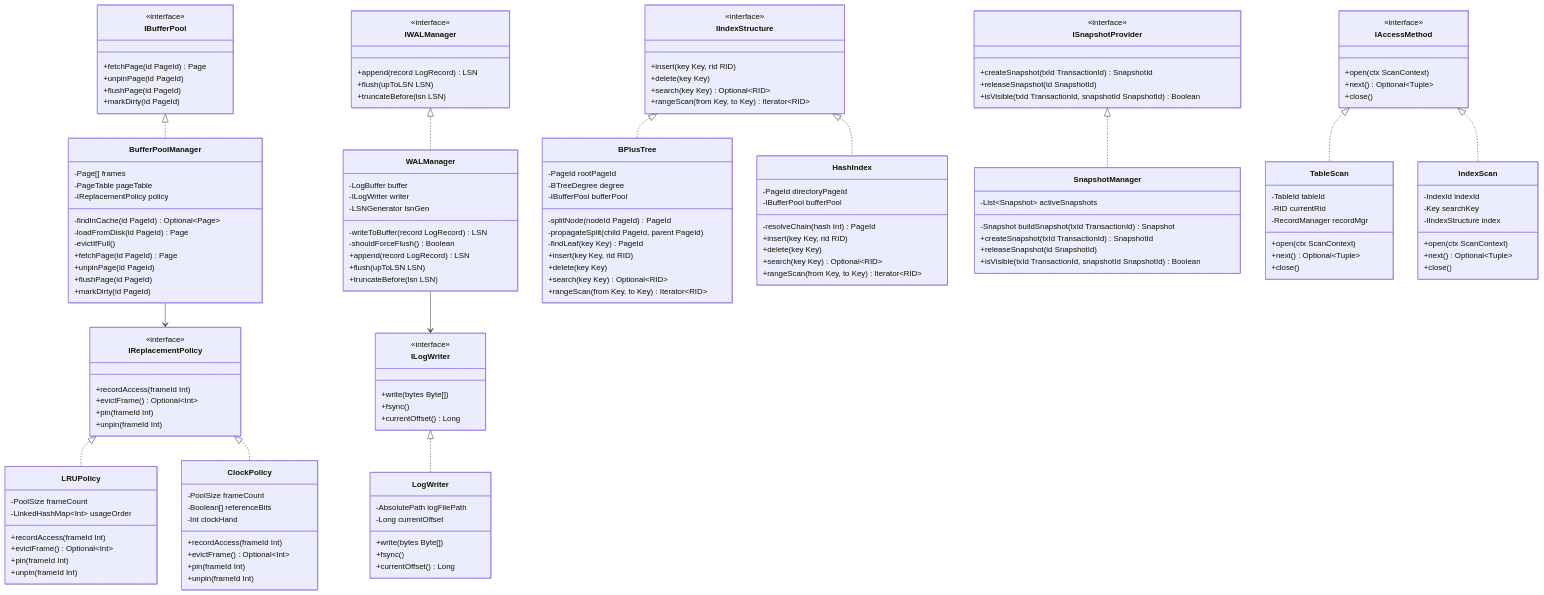
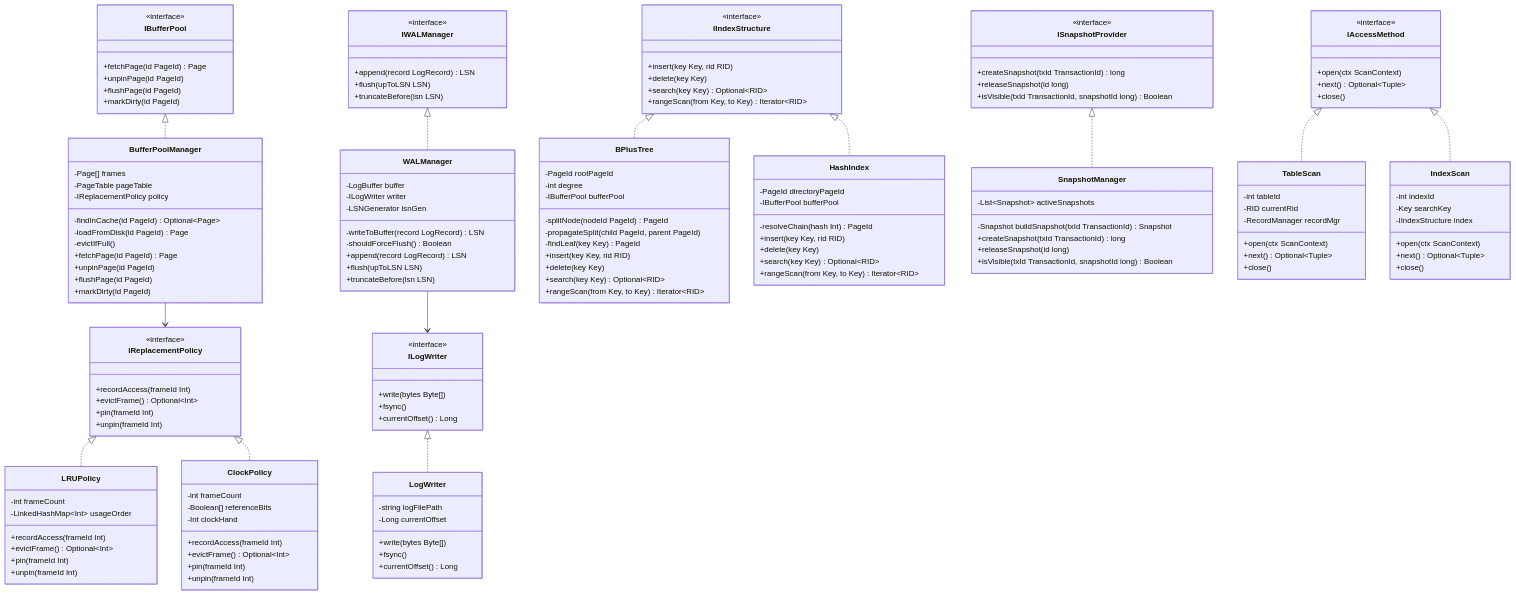
Before and after one commit to Hagiakhanh/bbv-dbms: the third of 10 diagrams in README.md, drawn with Mermaid. The commit also changed other lines of this file and 128 other files, not shown here.

```diff
--- a/README.md
+++ b/README.md
@@ -308,9 +308,9 @@
     }
     class ISnapshotProvider {
         <<interface>>
-        +createSnapshot(txId TransactionId) SnapshotId
-        +releaseSnapshot(id SnapshotId)
-        +isVisible(txId TransactionId, snapshotId SnapshotId) Boolean
+        +createSnapshot(txId TransactionId) long
+        +releaseSnapshot(id long)
+        +isVisible(txId TransactionId, snapshotId long) Boolean
     }
     class IAccessMethod {
         <<interface>>
@@ -343,7 +343,7 @@
         +truncateBefore(lsn LSN)
     }
     class LogWriter {
-        -AbsolutePath logFilePath
+        -string logFilePath
         -Long currentOffset
         +write(bytes Byte[])
         +fsync()
@@ -351,7 +351,7 @@
     }
     class BPlusTree {
         -PageId rootPageId
-        -BTreeDegree degree
+        -int degree
         -IBufferPool bufferPool
         -splitNode(nodeId PageId) PageId
         -propagateSplit(child PageId, parent PageId)
@@ -371,7 +371,7 @@
         +rangeScan(from Key, to Key) Iterator~RID~
     }
     class LRUPolicy {
-        -PoolSize frameCount
+        -int frameCount
         -LinkedHashMap~Int~ usageOrder
         +recordAccess(frameId Int)
         +evictFrame() Optional~Int~
@@ -379,7 +379,7 @@
         +unpin(frameId Int)
     }
     class ClockPolicy {
-        -PoolSize frameCount
+        -int frameCount
         -Boolean[] referenceBits
         -Int clockHand
         +recordAccess(frameId Int)
@@ -390,12 +390,12 @@
     class SnapshotManager {
         -List~Snapshot~ activeSnapshots
         -Snapshot buildSnapshot(txId TransactionId) Snapshot
-        +createSnapshot(txId TransactionId) SnapshotId
-        +releaseSnapshot(id SnapshotId)
-        +isVisible(txId TransactionId, snapshotId SnapshotId) Boolean
+        +createSnapshot(txId TransactionId) long
+        +releaseSnapshot(id long)
+        +isVisible(txId TransactionId, snapshotId long) Boolean
     }
     class TableScan {
-        -TableId tableId
+        -int tableId
         -RID currentRid
         -RecordManager recordMgr
         +open(ctx ScanContext)
@@ -403,7 +403,7 @@
         +close()
     }
     class IndexScan {
-        -IndexId indexId
+        -int indexId
         -Key searchKey
         -IIndexStructure index
         +open(ctx ScanContext)
```
